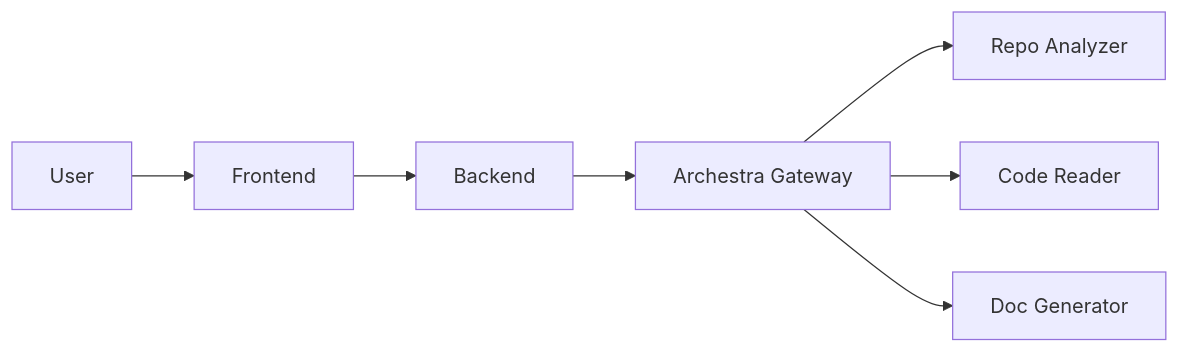
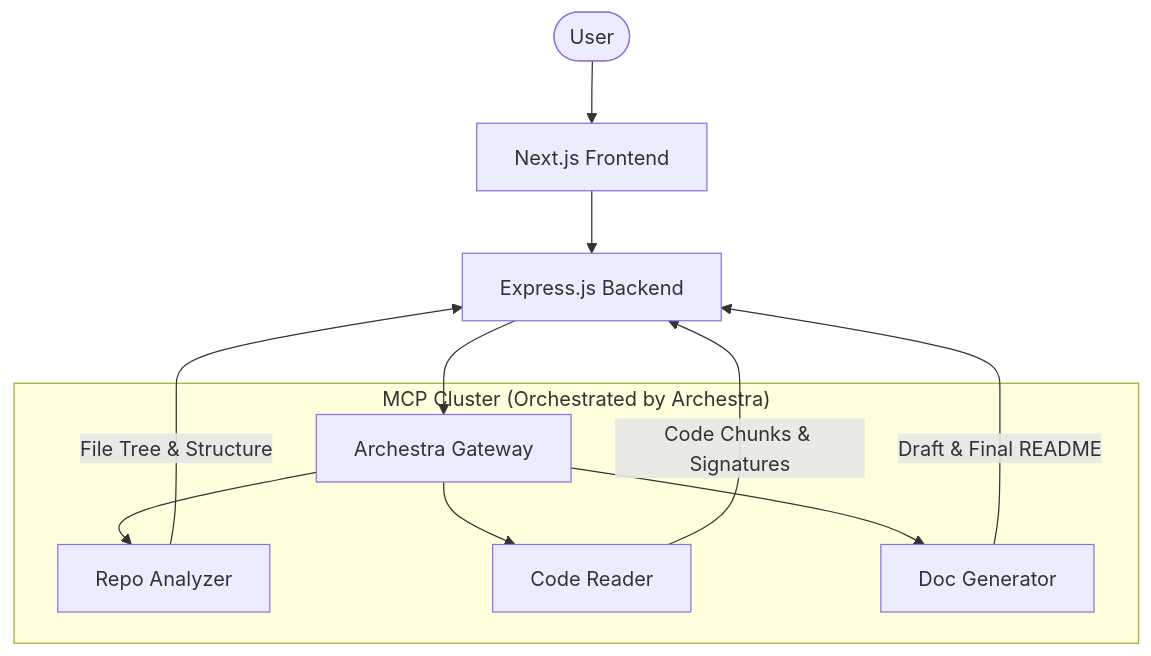
Before and after one commit to yadnyeshkolte/readmere: the diagram in README.md, drawn with Mermaid. The commit also changed other lines of this file and 2 other files, not shown here.

````diff
--- a/README.md
+++ b/README.md
@@ -42,9 +51,16 @@
 ```mermaid
-graph LR
-    User --> Frontend
-    Frontend --> Backend
+graph TD
+    User([User]) --> Frontend[Next.js Frontend]
+    Frontend --> Backend[Express.js Backend]
     Backend --> Archestra[Archestra Gateway]
-    Archestra --> Agent1[Repo Analyzer]
-    Archestra --> Agent2[Code Reader]
-    Archestra --> Agent3[Doc Generator]
+    
+    subgraph "MCP Cluster (Orchestrated by Archestra)"
+        Archestra --> A1[Repo Analyzer]
+        Archestra --> A2[Code Reader]
+        Archestra --> A3[Doc Generator]
+    end
+
+    A1 -- "File Tree & Structure" --> Backend
+    A2 -- "Code Chunks & Signatures" --> Backend
+    A3 -- "Draft & Final README" --> Backend
 ```
````
